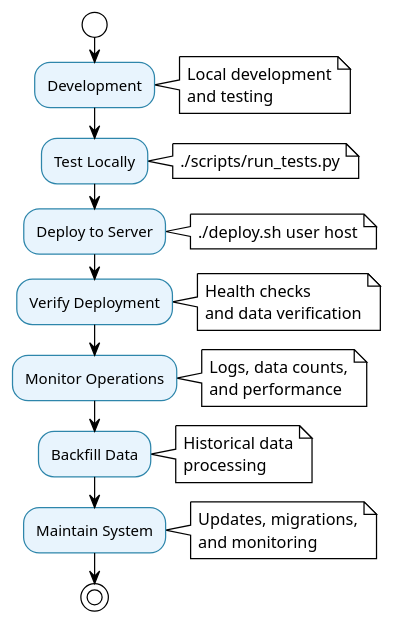
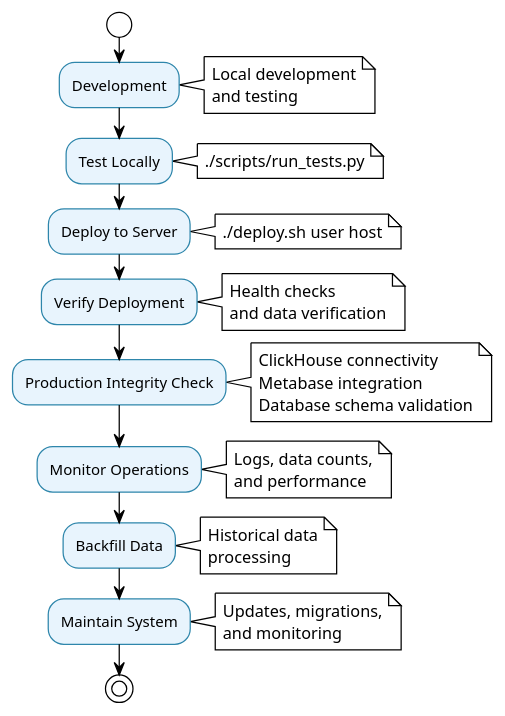
One commit to imancn/data-processor-python changed the seventh of 7 diagrams in docs/architecture/04-operations-deployment.md. Above: the diagram before and after it, drawn with PlantUML. The commit also changed other lines of this file and 21 other files, not shown here.

````diff
--- a/docs/architecture/04-operations-deployment.md
+++ b/docs/architecture/04-operations-deployment.md
@@ -470,34 +496,37 @@
 ```plantuml
 @startuml Operations Workflow
 !theme plain
 skinparam backgroundColor #FFFFFF
 skinparam activityBackgroundColor #E8F4FD
 skinparam activityBorderColor #2E86AB
 
 start
 
 :Development;
 note right: Local development\nand testing
 
 :Test Locally;
 note right: ./scripts/run_tests.py
 
 :Deploy to Server;
 note right: ./deploy.sh user host
 
 :Verify Deployment;
 note right: Health checks\nand data verification
 
+:Production Integrity Check;
+note right: ClickHouse connectivity\nMetabase integration\nDatabase schema validation
+
 :Monitor Operations;
 note right: Logs, data counts,\nand performance
 
 :Backfill Data;
 note right: Historical data\nprocessing
 
 :Maintain System;
 note right: Updates, migrations,\nand monitoring
 
 stop
 
 @enduml
 ```
````
